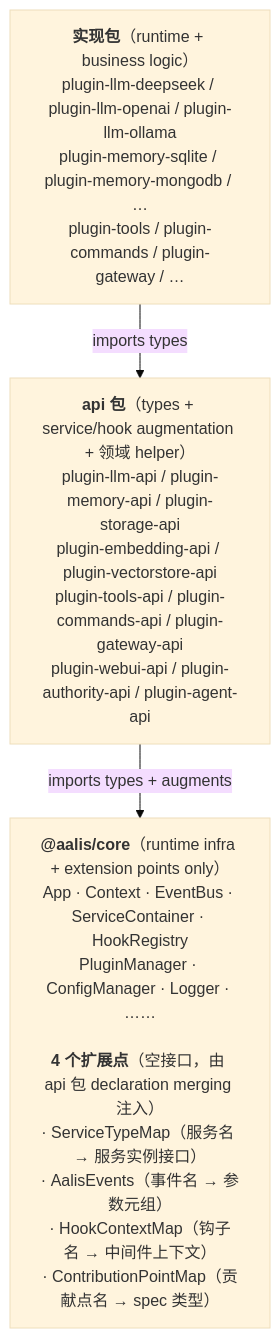
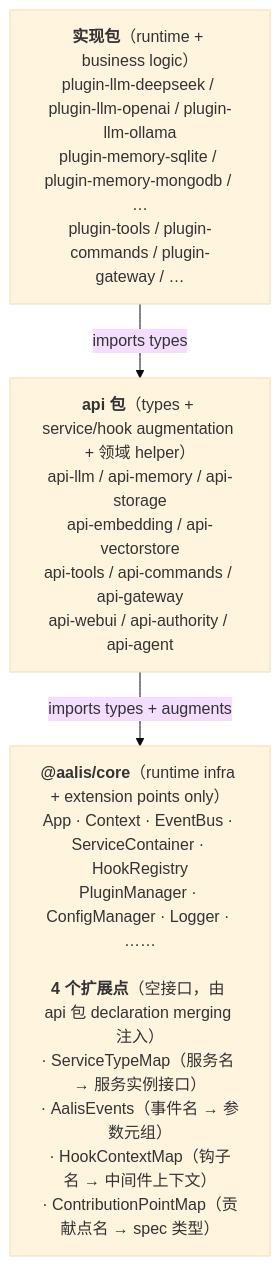
Before and after one commit to AalisLabs/Aalis: the diagram in docs/design/api-packages.md, drawn with Mermaid (base theme). The commit also changed other lines of this file and 487 other files, not shown here.

First line of the commit message:
refactor(api)!: 25 个契约包 plugin-*-api → api-*，类型前缀与 util-/schema- 对齐

````diff
--- a/docs/design/api-packages.md
+++ b/docs/design/api-packages.md
@@ -17,8 +17,8 @@
 ```mermaid
 flowchart TB
   impl["<b>实现包</b>（runtime + business logic）<br/>plugin-llm-deepseek / plugin-llm-openai / plugin-llm-ollama<br/>plugin-memory-sqlite / plugin-memory-mongodb / …<br/>plugin-tools / plugin-commands / plugin-gateway / …"]
-  api["<b>api 包</b>（types + service/hook augmentation + 领域 helper）<br/>plugin-llm-api / plugin-memory-api / plugin-storage-api<br/>plugin-embedding-api / plugin-vectorstore-api<br/>plugin-tools-api / plugin-commands-api / plugin-gateway-api<br/>plugin-webui-api / plugin-authority-api / plugin-agent-api"]
+  api["<b>api 包</b>（types + service/hook augmentation + 领域 helper）<br/>api-llm / api-memory / api-storage<br/>api-embedding / api-vectorstore<br/>api-tools / api-commands / api-gateway<br/>api-webui / api-authority / api-agent"]
   core["<b>@aalis/core</b>（runtime infra + extension points only）<br/>App · Context · EventBus · ServiceContainer · HookRegistry<br/>PluginManager · ConfigManager · Logger · ……<br/> <br/><b>4 个扩展点</b>（空接口，由 api 包 declaration merging 注入）<br/>· ServiceTypeMap（服务名 → 服务实例接口）<br/>· AalisEvents（事件名 → 参数元组）<br/>· HookContextMap（钩子名 → 中间件上下文）<br/>· ContributionPointMap（贡献点名 → spec 类型）"]
   impl -->|imports types| api
   api -->|imports types + augments| core
 ```
````
